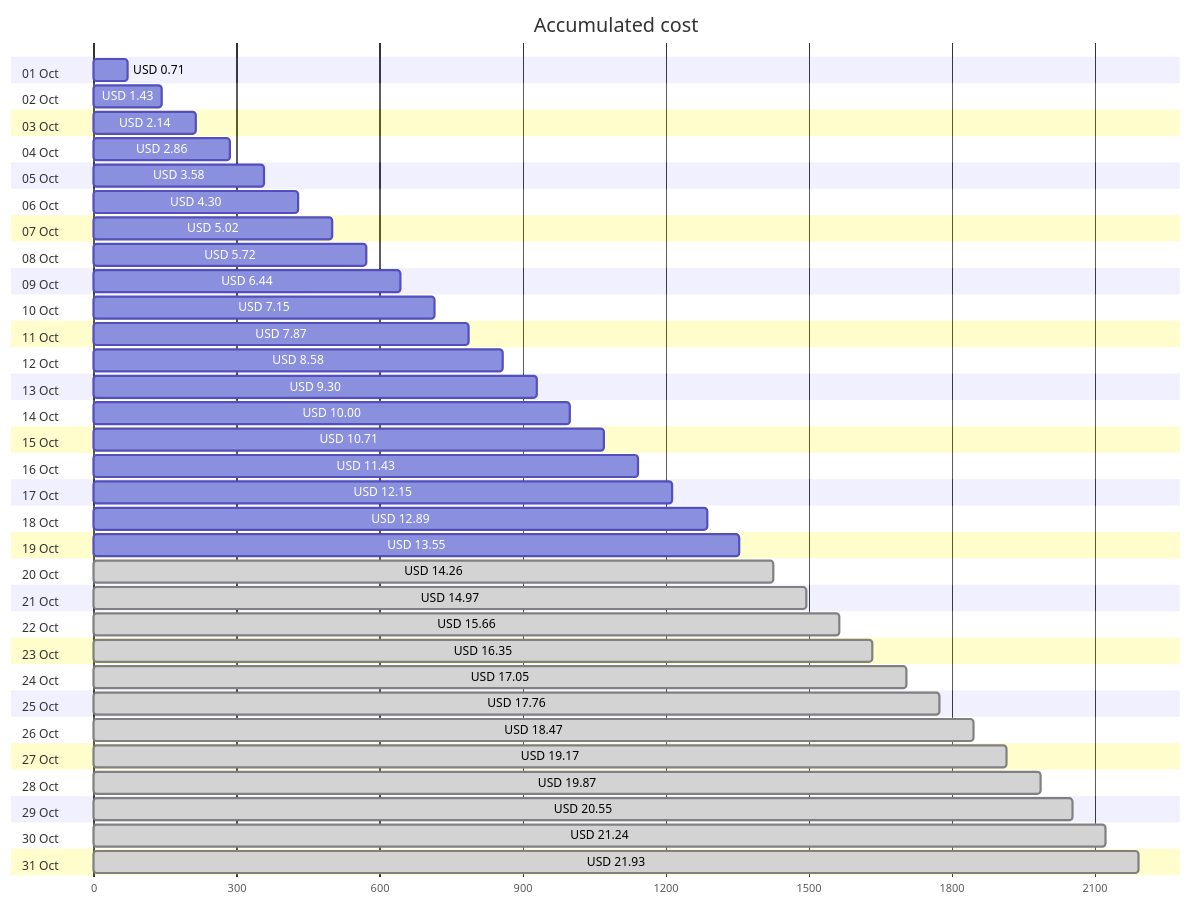
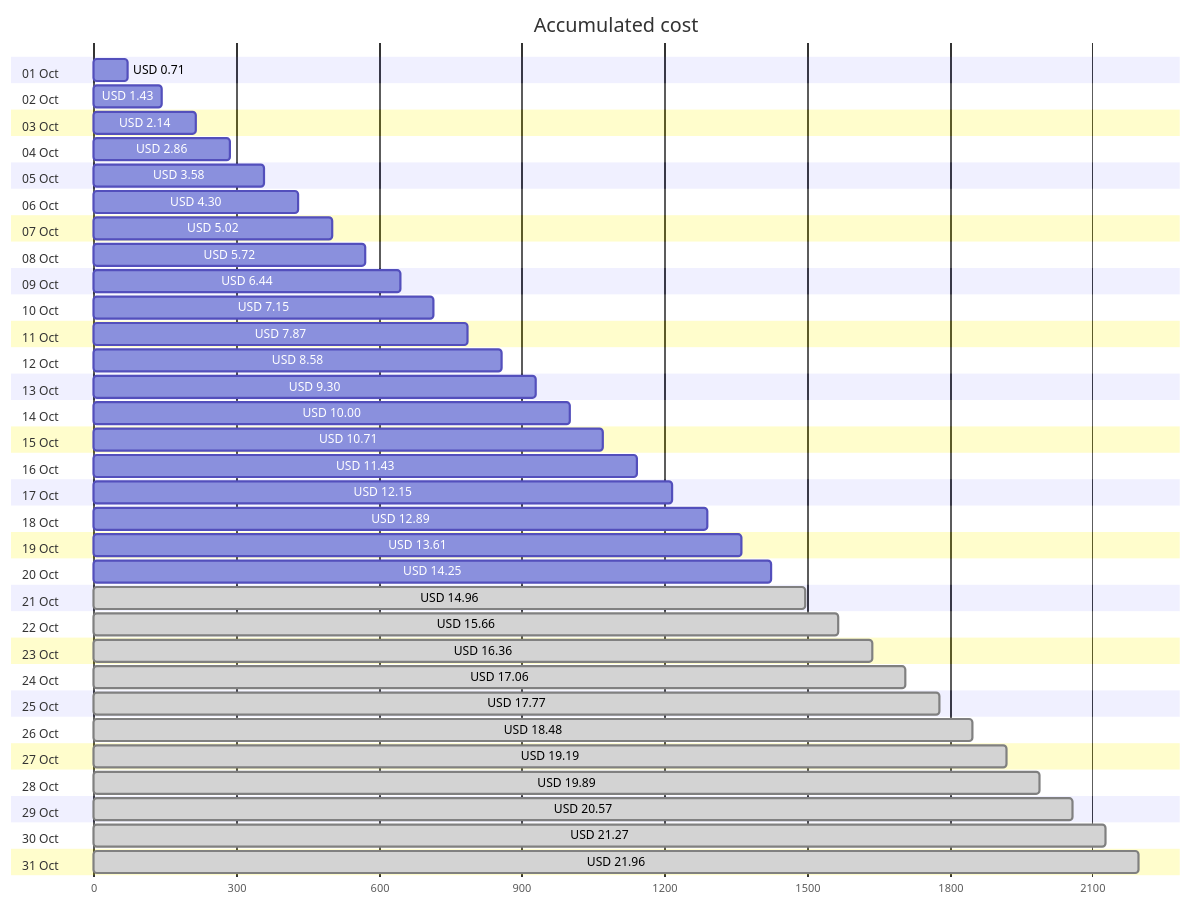
Before and after one commit to jpfulton/azure-personal-reports: the first of 4 diagrams in cost-reports/personal-network/backup-server-data-disk.md, drawn with Mermaid. The commit also changed other lines of this file and 8 other files, not shown here.

````diff
--- a/cost-reports/personal-network/backup-server-data-disk.md
+++ b/cost-reports/personal-network/backup-server-data-disk.md
@@ -20,68 +20,68 @@
 ```mermaid
 gantt
    title Accumulated cost
    dateFormat  X
    axisFormat %s
    section 01 Oct
    USD 0.71 :0, 71
    section 02 Oct
    USD 1.43 :0, 143
    section 03 Oct
    USD 2.14 :0, 214
    section 04 Oct
    USD 2.86 :0, 286
    section 05 Oct
    USD 3.58 :0, 358
    section 06 Oct
    USD 4.30 :0, 430
    section 07 Oct
    USD 5.02 :0, 502
    section 08 Oct
    USD 5.72 :0, 572
    section 09 Oct
    USD 6.44 :0, 644
    section 10 Oct
    USD 7.15 :0, 715
    section 11 Oct
    USD 7.87 :0, 787
    section 12 Oct
    USD 8.58 :0, 858
    section 13 Oct
    USD 9.30 :0, 930
    section 14 Oct
    USD 10.00 :0, 1000
    section 15 Oct
    USD 10.71 :0, 1071
    section 16 Oct
    USD 11.43 :0, 1143
    section 17 Oct
    USD 12.15 :0, 1215
    section 18 Oct
    USD 12.89 :0, 1289
    section 19 Oct
-   USD 13.55 :0, 1355
+   USD 13.61 :0, 1361
    section 20 Oct
-   USD 14.26 : done, 0, 1426
+   USD 14.25 :0, 1425
    section 21 Oct
-   USD 14.97 : done, 0, 1497
+   USD 14.96 : done, 0, 1496
    section 22 Oct
    USD 15.66 : done, 0, 1566
    section 23 Oct
-   USD 16.35 : done, 0, 1635
+   USD 16.36 : done, 0, 1636
    section 24 Oct
-   USD 17.05 : done, 0, 1705
+   USD 17.06 : done, 0, 1706
    section 25 Oct
-   USD 17.76 : done, 0, 1776
+   USD 17.77 : done, 0, 1777
    section 26 Oct
-   USD 18.47 : done, 0, 1847
+   USD 18.48 : done, 0, 1848
    section 27 Oct
-   USD 19.17 : done, 0, 1917
+   USD 19.19 : done, 0, 1919
    section 28 Oct
-   USD 19.87 : done, 0, 1987
+   USD 19.89 : done, 0, 1989
    section 29 Oct
-   USD 20.55 : done, 0, 2055
+   USD 20.57 : done, 0, 2057
    section 30 Oct
-   USD 21.24 : done, 0, 2124
+   USD 21.27 : done, 0, 2127
    section 31 Oct
-   USD 21.93 : done, 0, 2193
+   USD 21.96 : done, 0, 2196
 ```
````
